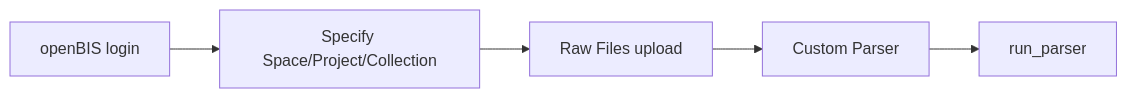
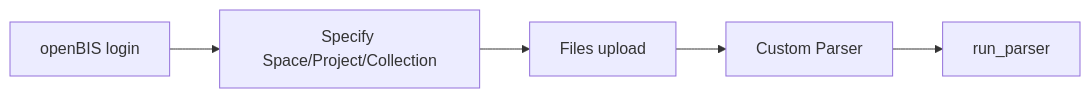
Before and after one commit to BAMresearch/bam-masterdata: the first of 2 diagrams in docs/tutorials/parsing.md, drawn with Mermaid. The commit also changed other lines of this file, not shown here.

First line of the commit message:
Replace 'raw files' for 'files' in tutorials/parsing (#267)

````diff
--- a/docs/tutorials/parsing.md
+++ b/docs/tutorials/parsing.md
@@ -34,7 +34,7 @@
 ```mermaid
 graph LR
     A[openBIS login] --> B[Specify Space/Project/Collection]
-    B --> C[Raw Files upload]
+    B --> C[Files upload]
     C --> D[Custom Parser]
     D --> E[run_parser]
 ```
````
